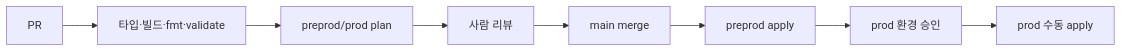
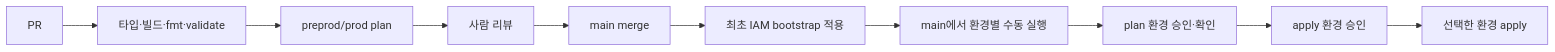
The second of 2 diagrams in docs/architecture.md (ban-dal/aws-ecs-fullstack-app), drawn with Mermaid before and after one commit. The commit also changed other lines of this file and 10 other files, not shown here.

````diff
--- a/docs/architecture.md
+++ b/docs/architecture.md
@@ -34,10 +34,12 @@
 ```mermaid
 flowchart LR
   PR[PR] --> Checks[타입·빌드·fmt·validate]
   Checks --> Plan[preprod/prod plan]
   Plan --> Review[사람 리뷰]
   Review --> Merge[main merge]
-  Merge --> Preprod[preprod apply]
-  Preprod --> Approval[prod 환경 승인]
-  Approval --> Prod[prod 수동 apply]
+  Merge --> Bootstrap[최초 IAM bootstrap 적용]
+  Bootstrap --> Dispatch[main에서 환경별 수동 실행]
+  Dispatch --> ApplyPlan[plan 환경 승인·확인]
+  ApplyPlan --> Approval[apply 환경 승인]
+  Approval --> Apply[선택한 환경 apply]
 ```
````
